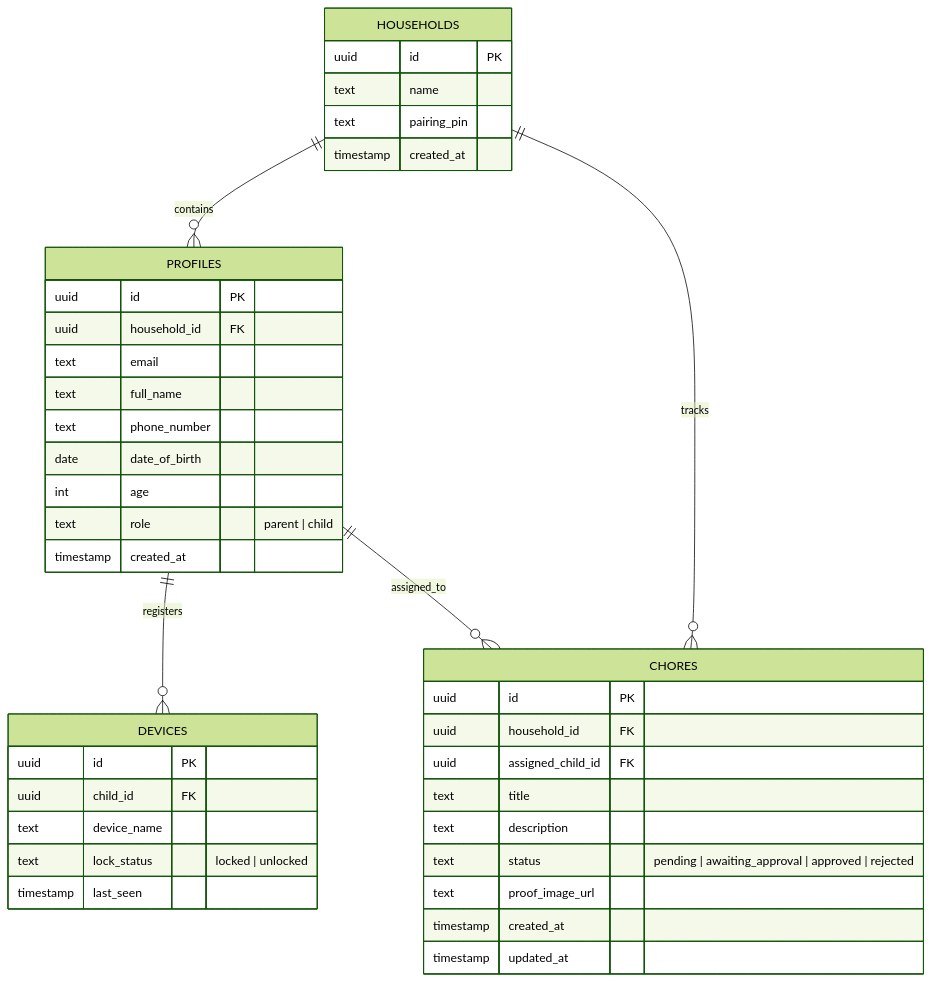
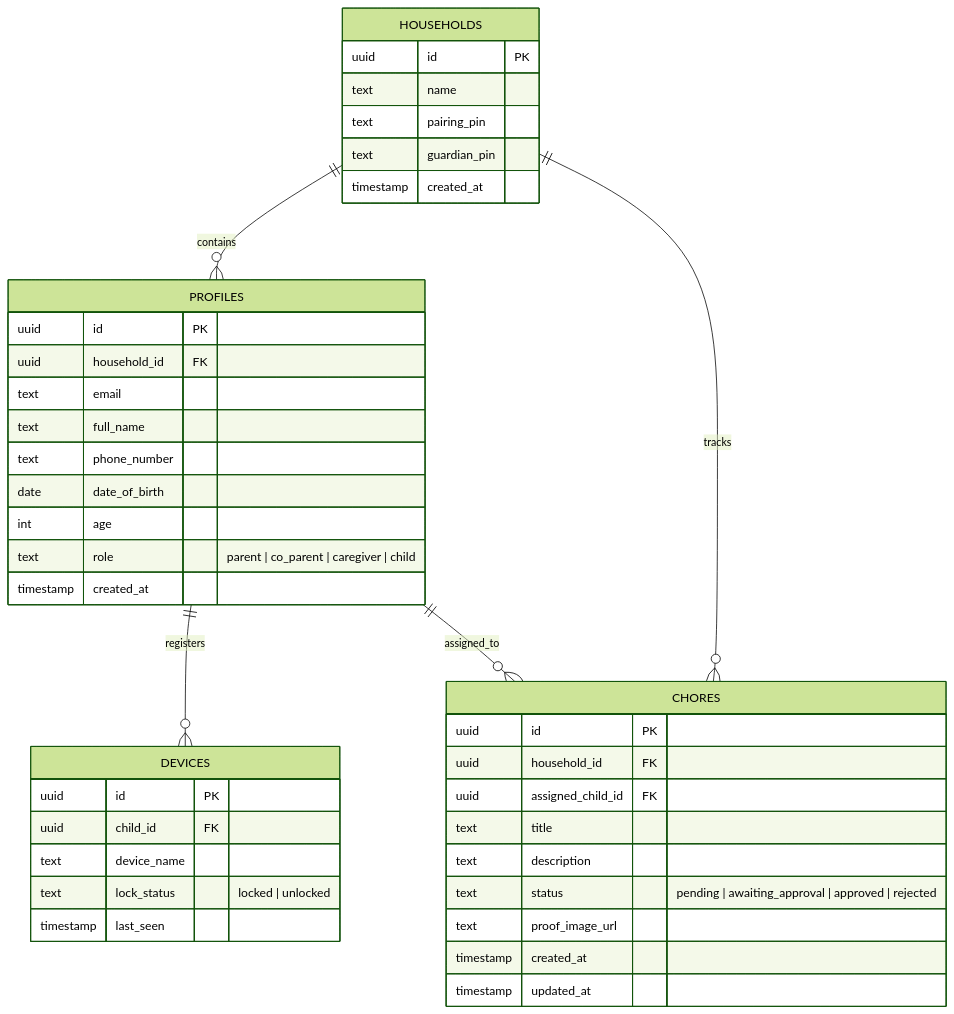
The second of 2 diagrams in README.md (JohnLloydCanoy/chorpy), drawn with Mermaid (forest theme) before and after one commit. The commit also changed other lines of this file, not shown here.

Commit message:
Enhance Family Circle Management with multi-guardian pairing, dual-PIN architecture, and role-based access control for improved user collaboration and security

````diff
--- a/README.md
+++ b/README.md
@@ -306,46 +312,47 @@
 ```mermaid
 erDiagram
     HOUSEHOLDS ||--o{ PROFILES : contains
     HOUSEHOLDS ||--o{ CHORES : tracks
     PROFILES ||--o{ DEVICES : registers
     PROFILES ||--o{ CHORES : assigned_to
 
     HOUSEHOLDS {
         uuid id PK
         text name
         text pairing_pin
+        text guardian_pin
         timestamp created_at
     }
 
     PROFILES {
         uuid id PK
         uuid household_id FK
         text email
         text full_name
         text phone_number
         date date_of_birth
         int age
-        text role "parent | child"
+        text role "parent | co_parent | caregiver | child"
         timestamp created_at
     }
 
     DEVICES {
         uuid id PK
         uuid child_id FK
         text device_name
         text lock_status "locked | unlocked"
         timestamp last_seen
     }
 
     CHORES {
         uuid id PK
         uuid household_id FK
         uuid assigned_child_id FK
         text title
         text description
         text status "pending | awaiting_approval | approved | rejected"
         text proof_image_url
         timestamp created_at
         timestamp updated_at
     }
 ```
````
